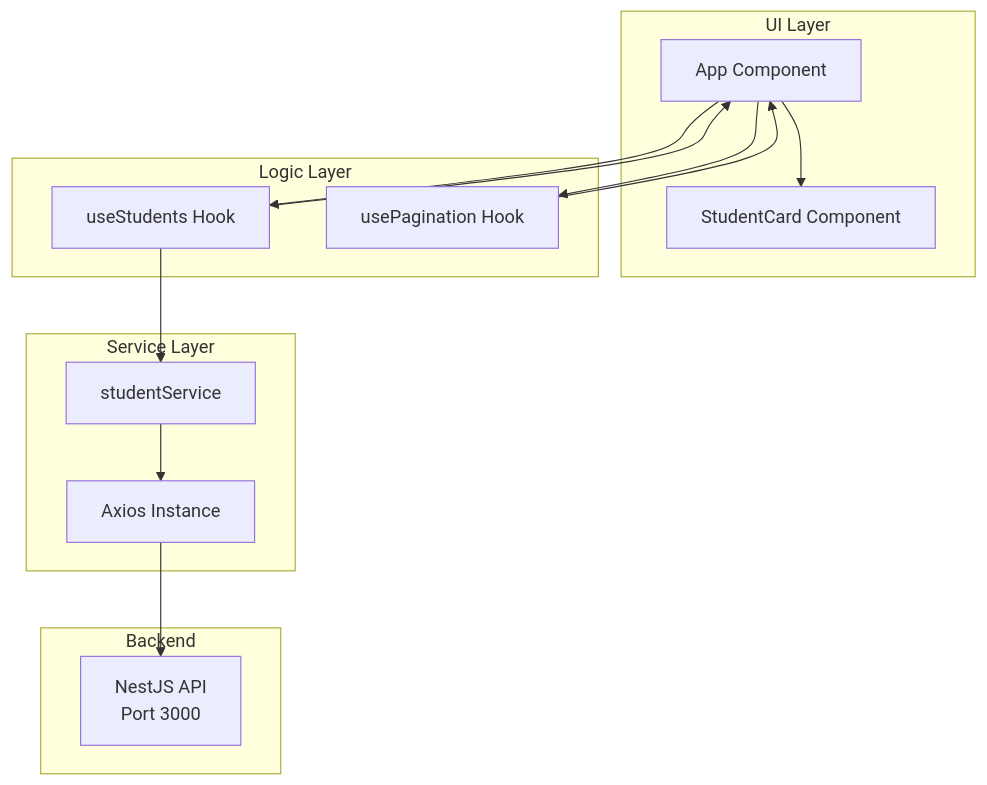
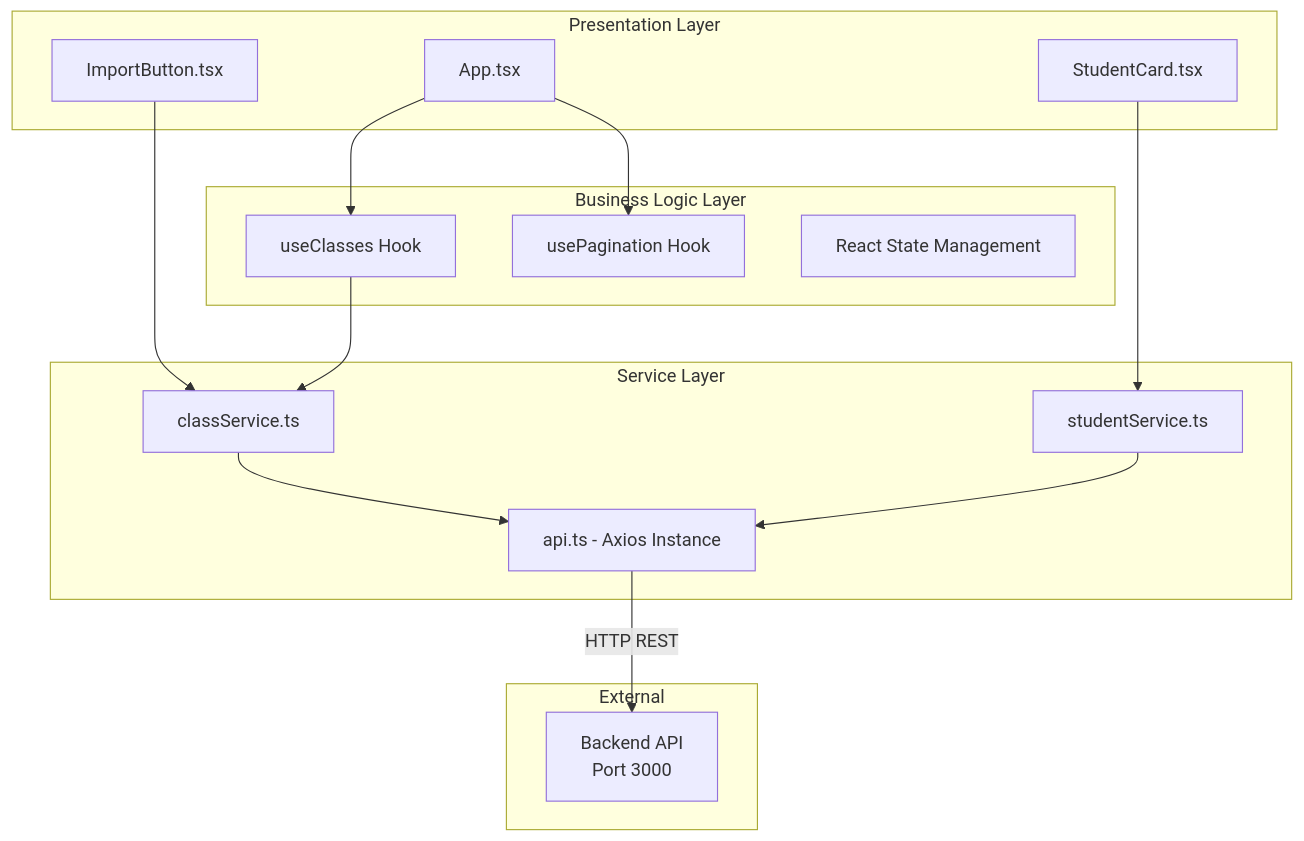
The first of 5 diagrams in README.md (HuyenTranggg/ClassPortrait-frontend), drawn with Mermaid before and after one commit. The commit also changed other lines of this file and 27 other files, not shown here.

````diff
--- a/README.md
+++ b/README.md
@@ -45,29 +51,33 @@
 ```mermaid
 graph TB
-    subgraph "UI Layer"
-        A[App Component]
-        B[StudentCard Component]
+    subgraph "Presentation Layer"
+        A1[App.tsx]
+        A2[StudentCard.tsx]
+        A3[ImportButton.tsx]
     end
     
-    subgraph "Logic Layer"
-        C[useStudents Hook]
-        D[usePagination Hook]
+    subgraph "Business Logic Layer"
+        B1[useClasses Hook]
+        B2[usePagination Hook]
+        B3[React State Management]
     end
     
     subgraph "Service Layer"
-        E[studentService]
-        F[Axios Instance]
+        C1[classService.ts]
+        C2[studentService.ts]
+        C3[api.ts - Axios Instance]
     end
     
-    subgraph "Backend"
-        G[NestJS API<br/>Port 3000]
+    subgraph "External"
+        D1[Backend API<br/>Port 3000]
     end
     
-    A --> C & D
-    A --> B
-    C --> A
-    C --> E
-    D --> A
-    E --> F
-    F --> G
+    A1 --> B1
+    A1 --> B2
+    A2 --> C2
+    A3 --> C1
+    B1 --> C1
+    C1 --> C3
+    C2 --> C3
+    C3 -->|HTTP REST| D1
 ```
````
